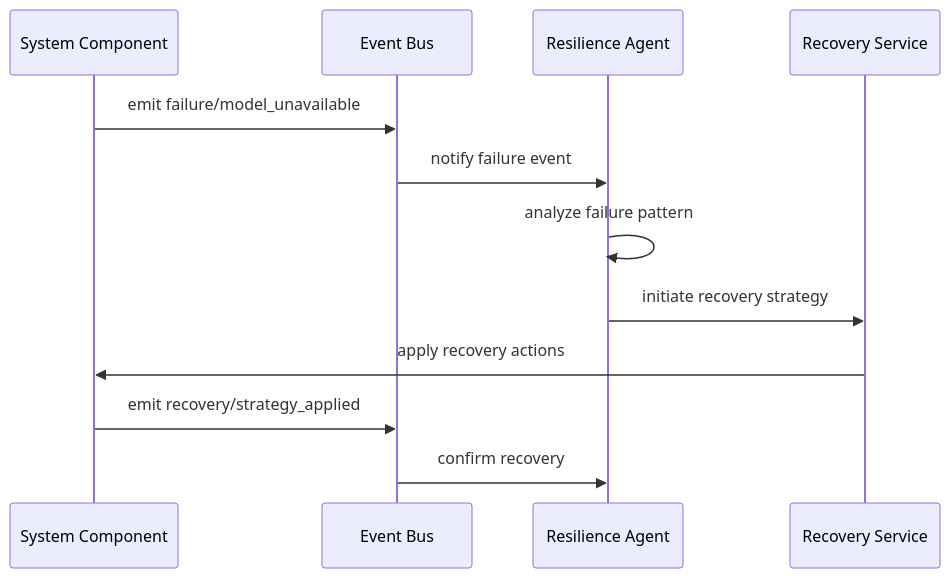
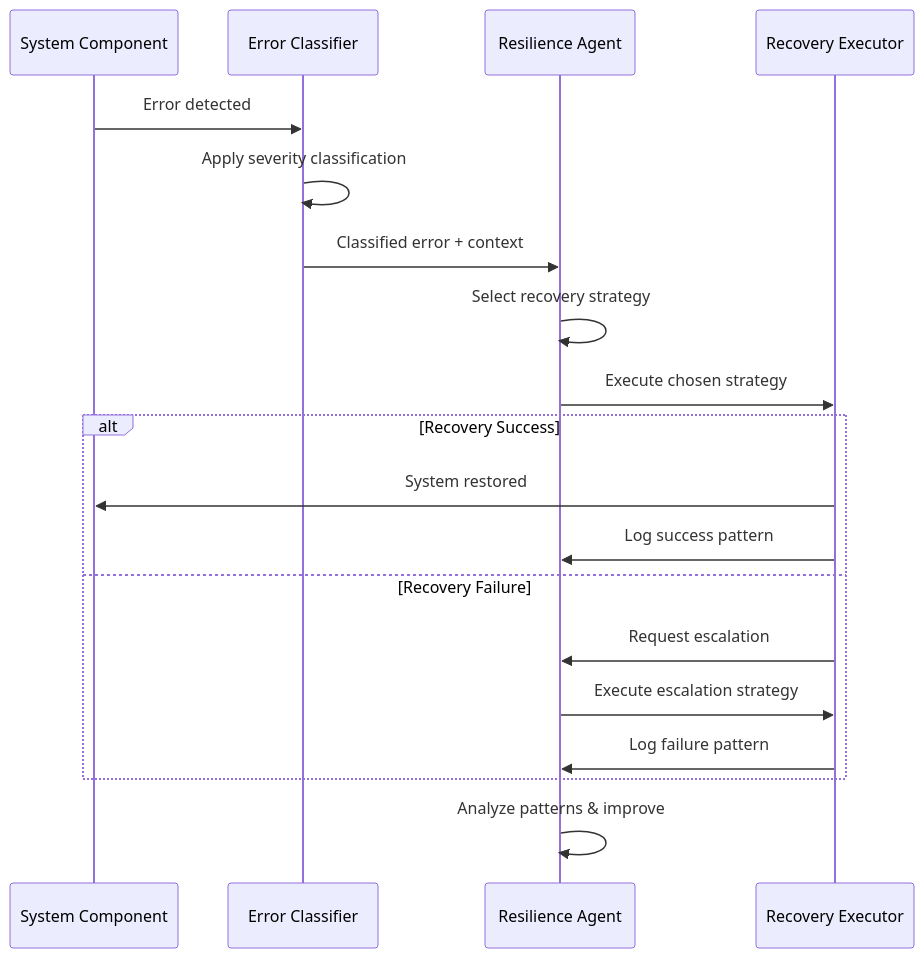
The second of 3 diagrams in docs/architecture/execution/resilience/README.md (Vrooli/Vrooli), drawn with Mermaid before and after one commit. The commit also changed other lines of this file and 8 other files, not shown here.

````diff
--- a/docs/architecture/execution/resilience/README.md
+++ b/docs/architecture/execution/resilience/README.md
@@ -343,15 +69,24 @@
 ```mermaid
 sequenceDiagram
-    participant System as System Component
-    participant EventBus as Event Bus
-    participant ResilienceAgent as Resilience Agent
-    participant RecoveryService as Recovery Service
-
-    System->>EventBus: emit failure/model_unavailable
-    EventBus->>ResilienceAgent: notify failure event
-    ResilienceAgent->>ResilienceAgent: analyze failure pattern
-    ResilienceAgent->>RecoveryService: initiate recovery strategy
-    RecoveryService->>System: apply recovery actions
-    System->>EventBus: emit recovery/strategy_applied
-    EventBus->>ResilienceAgent: confirm recovery
+    participant Component as System Component
+    participant Classifier as Error Classifier
+    participant Agent as Resilience Agent
+    participant Recovery as Recovery Executor
+    
+    Component->>Classifier: Error detected
+    Classifier->>Classifier: Apply severity classification
+    Classifier->>Agent: Classified error + context
+    Agent->>Agent: Select recovery strategy
+    Agent->>Recovery: Execute chosen strategy
+    
+    alt Recovery Success
+        Recovery->>Component: System restored
+        Recovery->>Agent: Log success pattern
+    else Recovery Failure
+        Recovery->>Agent: Request escalation
+        Agent->>Recovery: Execute escalation strategy
+        Recovery->>Agent: Log failure pattern
+    end
+    
+    Agent->>Agent: Analyze patterns & improve
 ```
````
